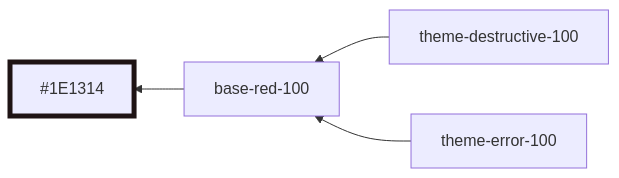
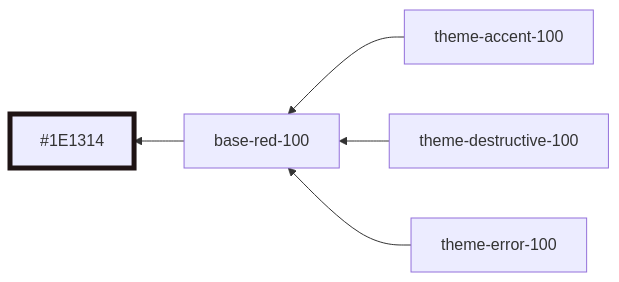
One commit to oxidecomputer/design-system changed diagram 17 of 51 in styles/dist/red.md. Above: the diagram before and after it, drawn with Mermaid. The commit also changed other lines of this file and 2 other files, not shown here.

Commit message:
Fix red theme

````diff
--- a/styles/dist/red.md
+++ b/styles/dist/red.md
@@ -215,8 +190,9 @@
 ```mermaid
 graph RL
   base-red-100 --> #1E1314:::base-red-100
+  theme-accent-100 --> base-red-100
   theme-destructive-100 --> base-red-100
   theme-error-100 --> base-red-100
 
 	classDef base-red-100 stroke-width:5,stroke:#1E1314
 ```
````
